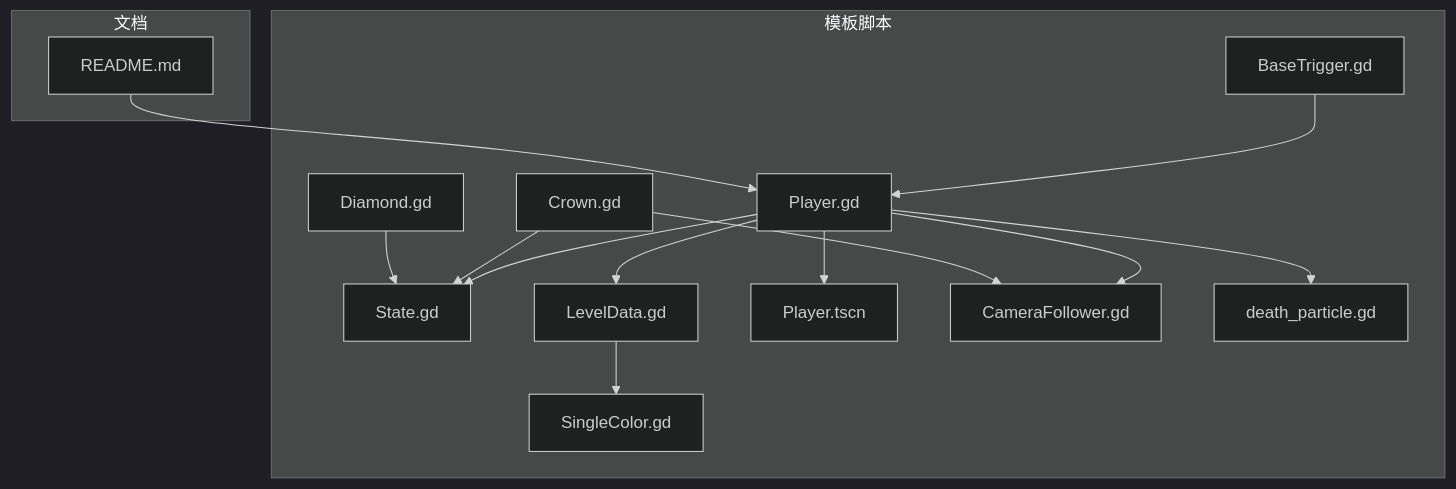
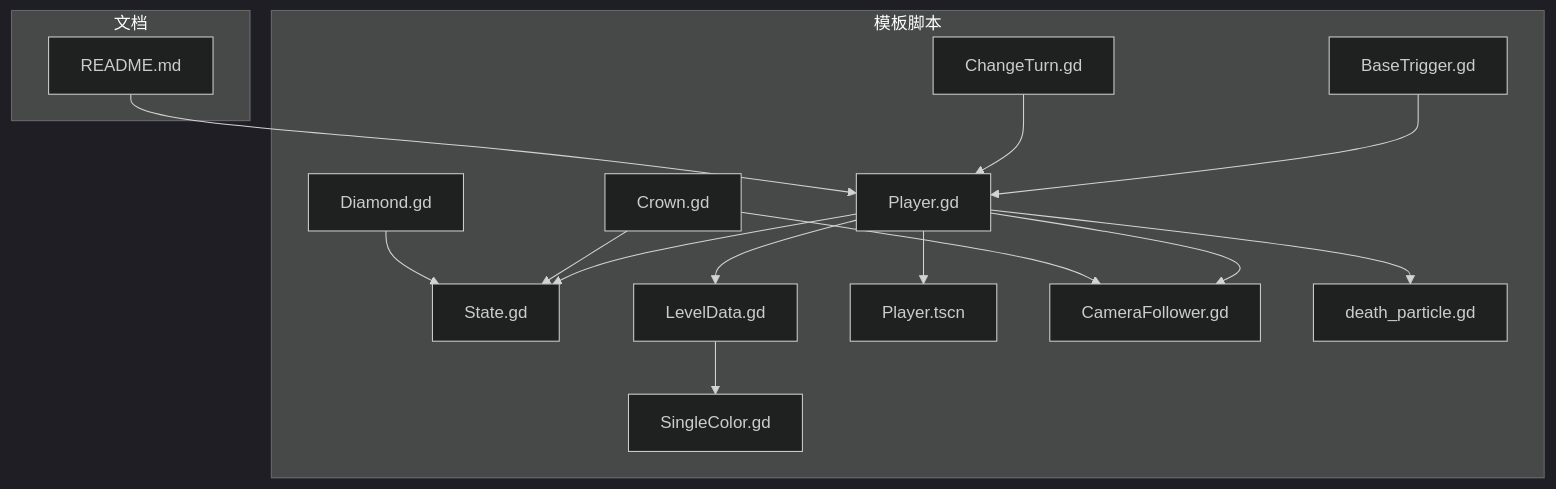
Before and after one commit to godotline/godot-line: the first of 6 diagrams in .qoder/repowiki/zh/content/游戏系统/角色控制系统.md, drawn with Mermaid (dark theme). The commit also changed other lines of this file and 34 other files, not shown here.

````diff
--- a/.qoder/repowiki/zh/content/游戏系统/角色控制系统.md
+++ b/.qoder/repowiki/zh/content/游戏系统/角色控制系统.md
@@ -46,29 +50,31 @@
 ```mermaid
 graph TB
 subgraph "模板脚本"
 PL["Player.gd"]
 ST["State.gd"]
 LD["LevelData.gd"]
 SC["SingleColor.gd"]
 PT["Player.tscn"]
 CF["CameraFollower.gd"]
 BT["BaseTrigger.gd"]
 CR["Crown.gd"]
 DM["Diamond.gd"]
+CT["ChangeTurn.gd"]
 DP["death_particle.gd"]
 end
 subgraph "文档"
 RD["README.md"]
 end
 PL --> ST
 PL --> LD
 PL --> PT
 PL --> CF
 PL --> DP
 CR --> ST
 CR --> CF
 DM --> ST
 BT --> PL
+CT --> PL
 RD --> PL
 LD --> SC
 ```
````
